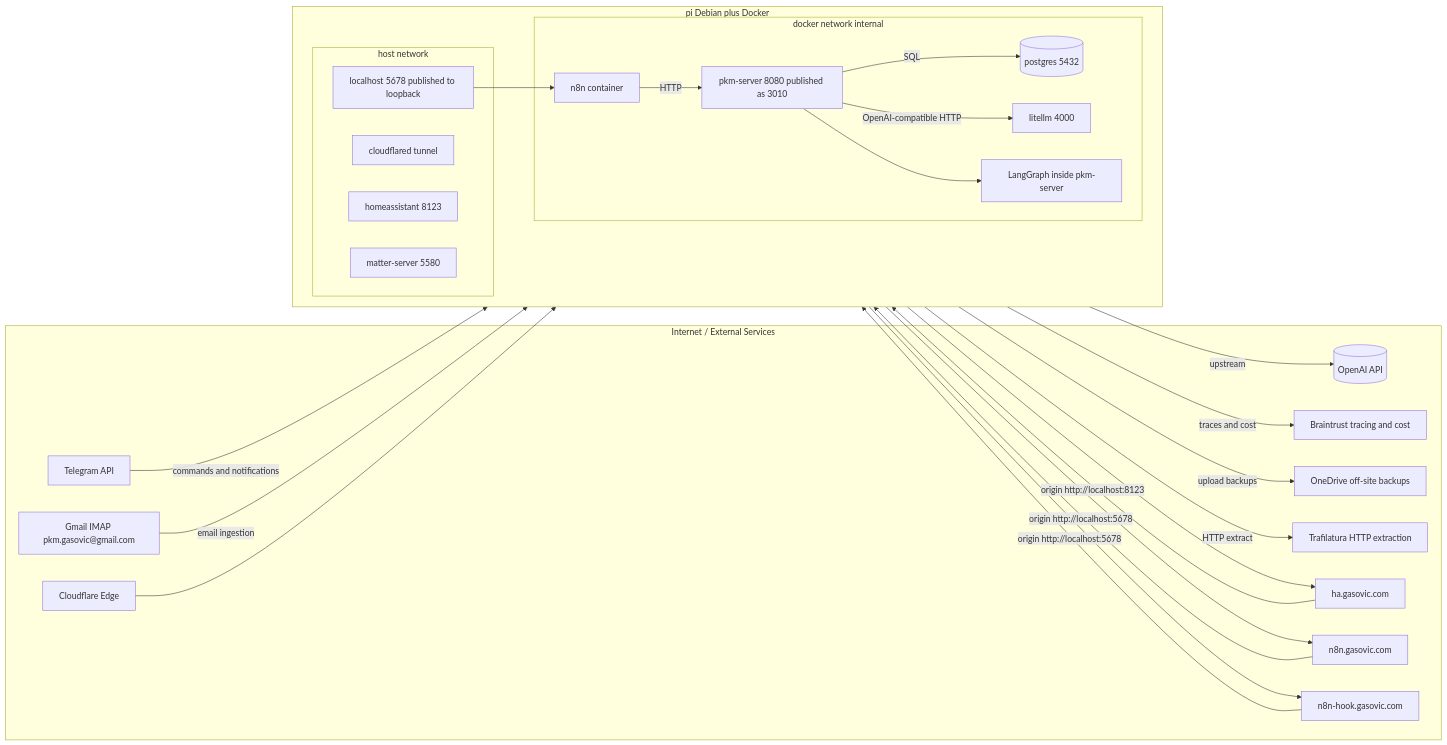
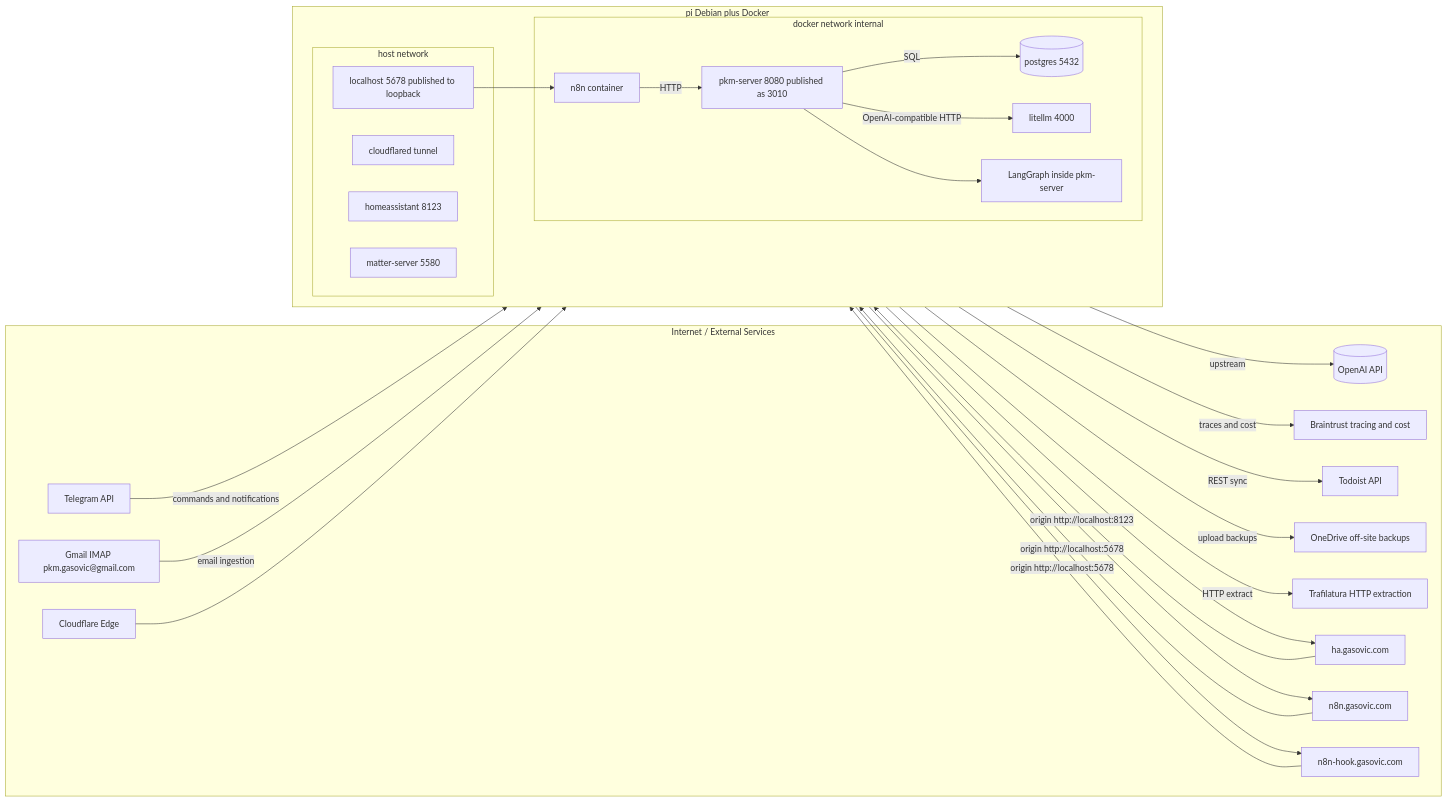
Before and after one commit to igasovic/PKM: the diagram in docs/service_dependency_graph.md, drawn with Mermaid. The commit also changed other lines of this file and 55 other files, not shown here.

````diff
--- a/docs/service_dependency_graph.md
+++ b/docs/service_dependency_graph.md
@@ -67,59 +67,61 @@
 ```mermaid
 flowchart LR
   subgraph Internet[Internet / External Services]
     OpenAI[(OpenAI API)]
     BT[Braintrust tracing and cost]
     TG[Telegram API]
+    Todoist[Todoist API]
     GmailIMAP[Gmail IMAP pkm.gasovic@gmail.com]
     OneDrive[OneDrive off-site backups]
     Trafilatura[Trafilatura HTTP extraction]
     CF[Cloudflare Edge]
     HAHost[ha.gasovic.com]
     N8NUIHost[n8n.gasovic.com]
     N8NHookHost[n8n-hook.gasovic.com]
   end
 
   subgraph Pi[pi Debian plus Docker]
     direction LR
 
     subgraph HostNet[host network]
       cloudflared[cloudflared tunnel]
       homeassistant[homeassistant 8123]
       mattersrv[matter-server 5580]
       n8n_port[localhost 5678 published to loopback]
     end
 
     subgraph InternalNet[docker network internal]
       n8n[n8n container]
       pkm[pkm-server 8080 published as 3010]
       litellm[litellm 4000]
       pg[(postgres 5432)]
       LG[LangGraph inside pkm-server]
     end
   end
 
   TG -->|commands and notifications| n8n
+  n8n -->|REST sync| Todoist
   GmailIMAP -->|email ingestion| n8n
   n8n -->|HTTP extract| Trafilatura
   n8n -->|upload backups| OneDrive
 
   n8n -->|HTTP| pkm
   pkm -->|SQL| pg
 
   pkm -->|OpenAI-compatible HTTP| litellm
   litellm -->|upstream| OpenAI
 
   pkm -->|traces and cost| BT
   pkm --> LG
 
   CF --> cloudflared
   cloudflared --> HAHost
   cloudflared --> N8NUIHost
   cloudflared --> N8NHookHost
 
   HAHost -->|origin http://localhost:8123| homeassistant
   N8NUIHost -->|origin http://localhost:5678| n8n_port
   N8NHookHost -->|origin http://localhost:5678| n8n_port
 
   n8n_port --> n8n
 ```
````
